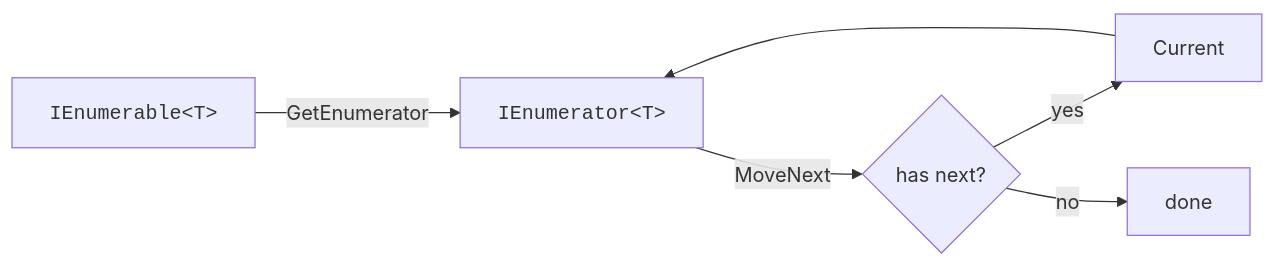
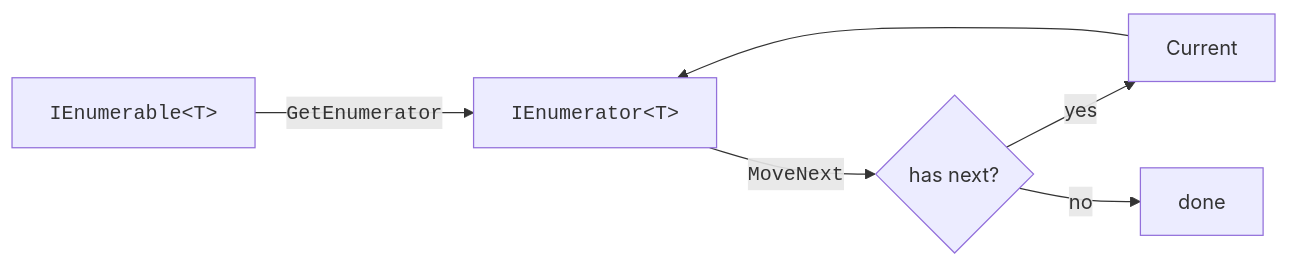
Before and after one commit to dataslope/dataslope: the first of 2 diagrams in content/learn/csharp-linq-functional/generic-abstractions.mdx, drawn with Mermaid. The commit also changed 46 other files, not shown here.

First line of the commit message:
Wrap code in mermaid edge labels + entity/table names in DB diagrams

````diff
--- a/content/learn/csharp-linq-functional/generic-abstractions.mdx
+++ b/content/learn/csharp-linq-functional/generic-abstractions.mdx
@@ -26,7 +26,7 @@
 ```mermaid
 flowchart LR
-    A["<code>IEnumerable&lt;T&gt;</code>"] -->|GetEnumerator| B["<code>IEnumerator&lt;T&gt;</code>"]
-    B -->|MoveNext| C{has next?}
+    A["<code>IEnumerable&lt;T&gt;</code>"] -->|"<code>GetEnumerator</code>"| B["<code>IEnumerator&lt;T&gt;</code>"]
+    B -->|"<code>MoveNext</code>"| C{has next?}
     C -- yes --> D[Current] --> B
     C -- no --> E[done]
 ```
````
